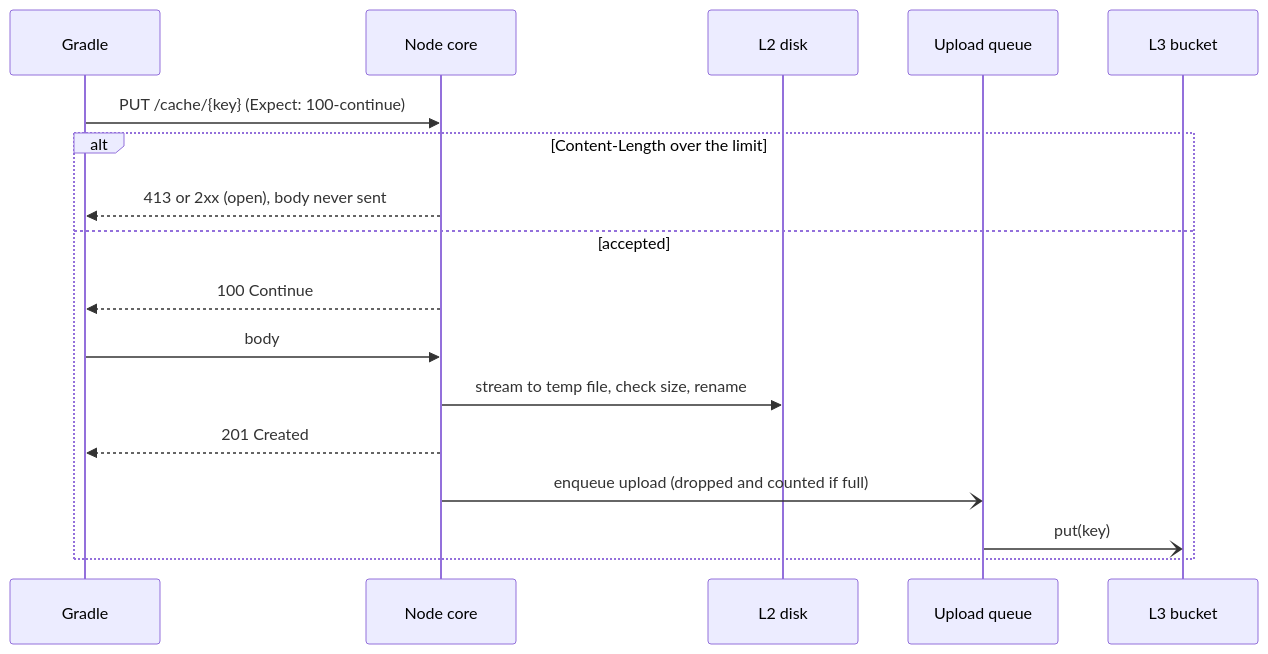
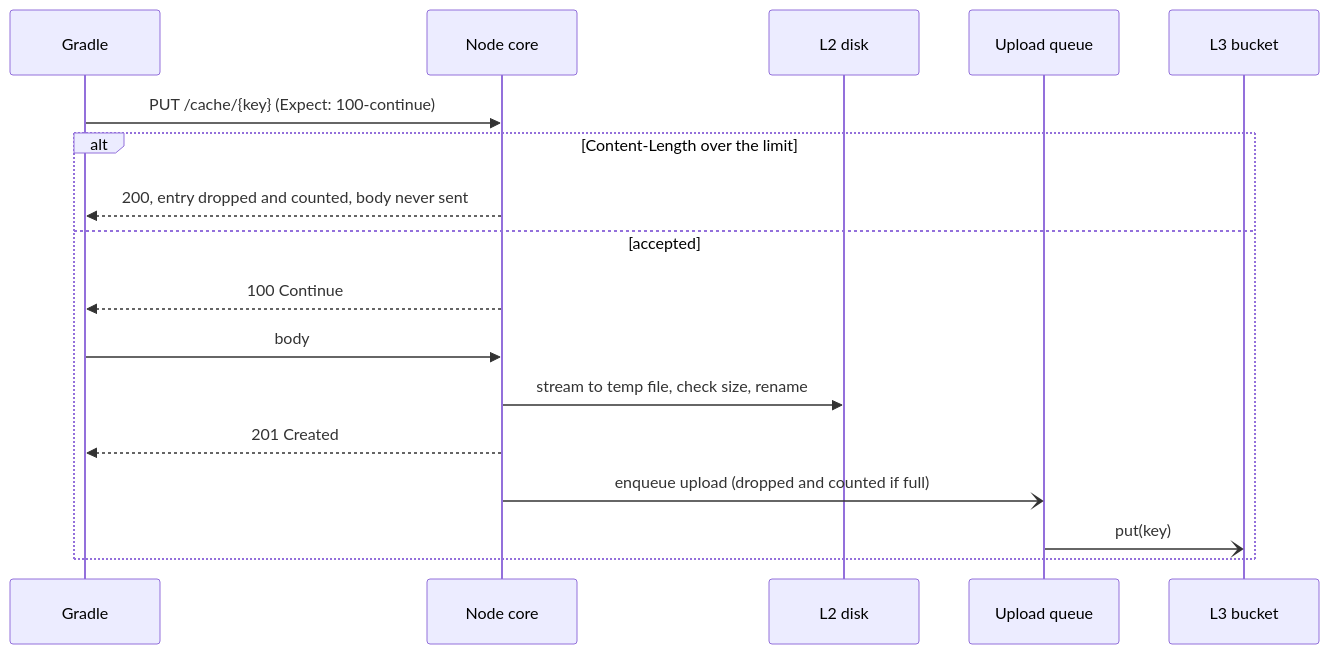
Before and after one commit to nevzheng/mammoth-cache: the third of 4 diagrams in docs/design/0003-architecture.md, drawn with Mermaid. The commit also changed other lines of this file and 3 other files, not shown here.

````diff
--- a/docs/design/0003-architecture.md
+++ b/docs/design/0003-architecture.md
@@ -171,19 +172,19 @@
 ```mermaid
 sequenceDiagram
     participant G as Gradle
     participant N as Node core
     participant D as L2 disk
     participant Q as Upload queue
     participant B as L3 bucket
     G->>N: PUT /cache/{key} (Expect: 100-continue)
     alt Content-Length over the limit
-        N-->>G: 413 or 2xx (open), body never sent
+        N-->>G: 200, entry dropped and counted, body never sent
     else accepted
         N-->>G: 100 Continue
         G->>N: body
         N->>D: stream to temp file, check size, rename
         N-->>G: 201 Created
         N-)Q: enqueue upload (dropped and counted if full)
         Q-)B: put(key)
     end
 ```
````
